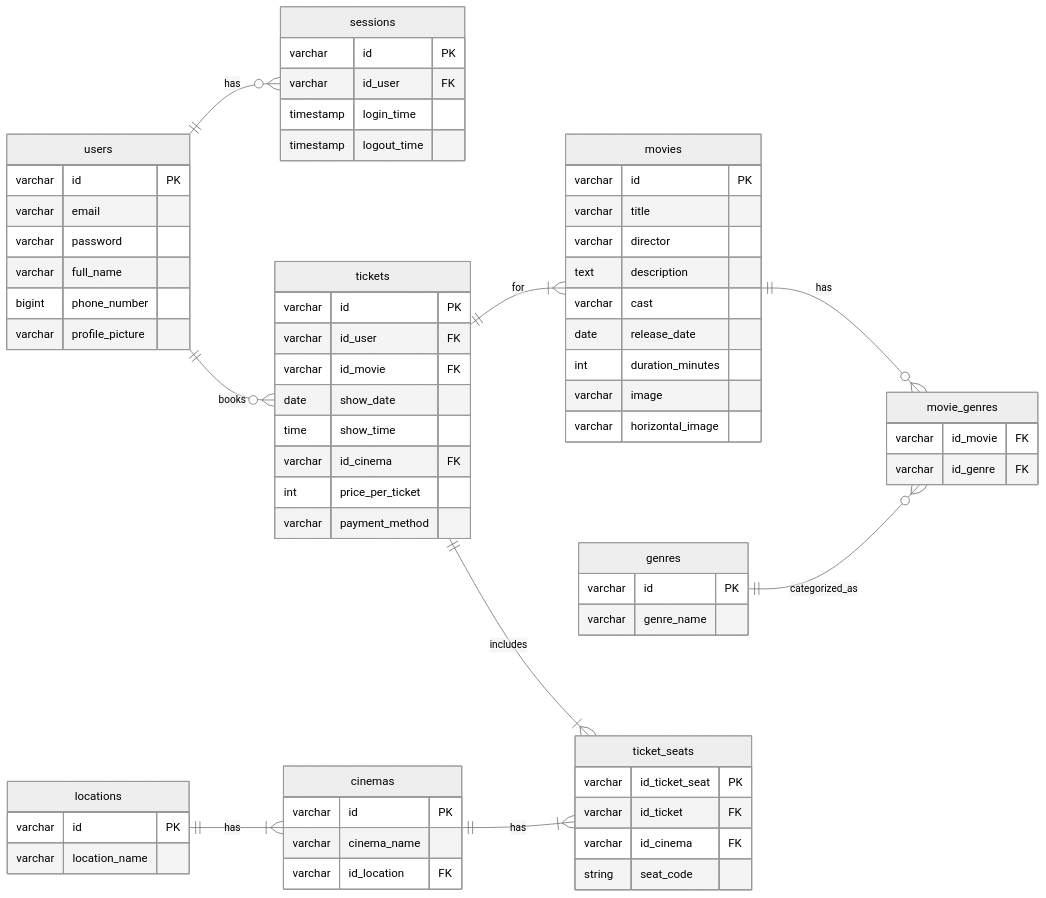
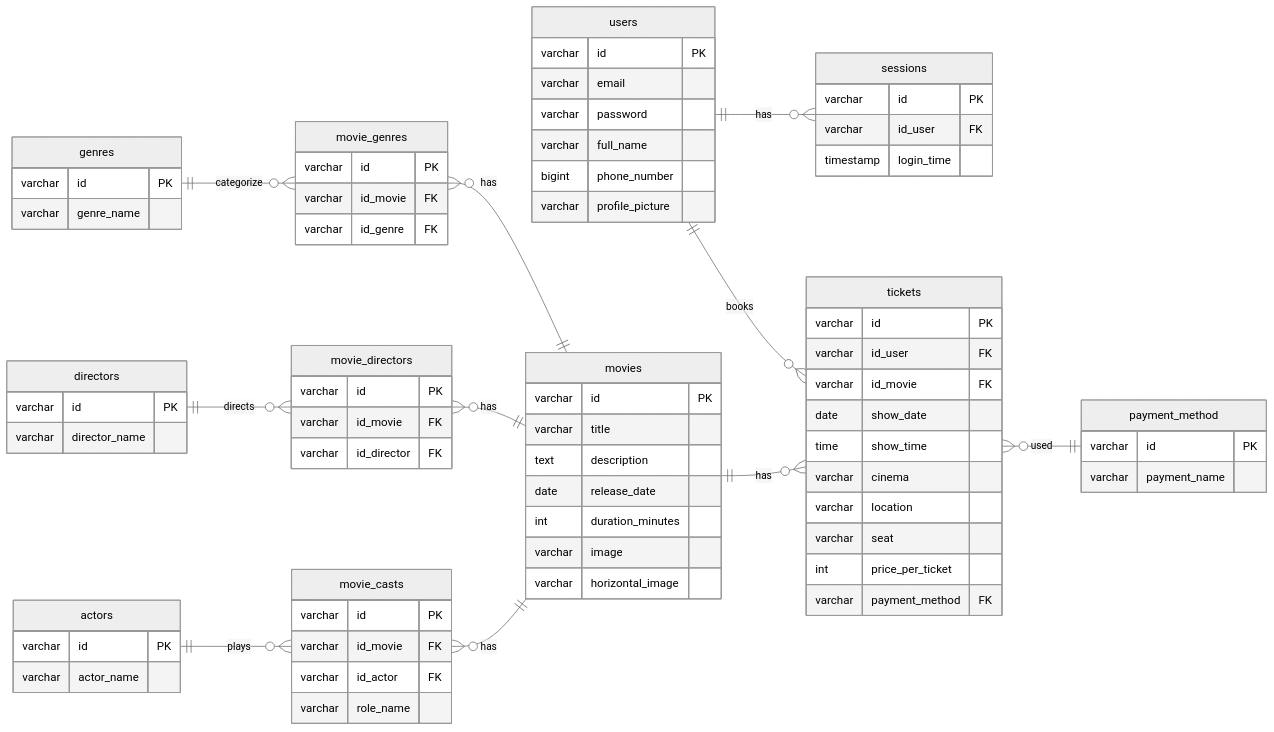
The diagram in README.md (ranandasatria/fgo24-db-weeklytask), drawn with Mermaid (neutral theme) before and after one commit.

Commit message:
chore: update database cardinality

```diff
--- a/README.md
+++ b/README.md
@@ -7,14 +7,15 @@
 
 users ||--o{ sessions : has
 users ||--o{ tickets : books
-movies ||--o{ movie_genres : has
-genres ||--o{ movie_genres : categorized_as
-tickets ||--|{ movies : for
+movies ||--o{ tickets : has
+genres ||--o{ movie_genres : categorize
+movie_genres }o--|| movies : has
+directors ||--o{ movie_directors : directs
+movie_directors }o--|| movies : has
+actors ||--o{ movie_casts : plays
+movie_casts }o--|| movies : has
+tickets }o--|| payment_method : used
 
-tickets ||--|{ ticket_seats : includes
-
-cinemas ||--|{ ticket_seats : has
-locations ||--|{ cinemas : has
 
 users {
   varchar id PK
@@ -29,15 +30,12 @@
   varchar id PK
   varchar id_user FK
   timestamp login_time
-  timestamp logout_time
 }
 
 movies {
   varchar id PK
   varchar title
-  varchar director
   text description
-  varchar cast
   date release_date
   int duration_minutes
   varchar image
@@ -50,8 +48,32 @@
 }
 
 movie_genres {
+  varchar id PK
   varchar id_movie FK
   varchar id_genre FK
+}
+
+directors {
+  varchar id PK
+  varchar director_name
+}
+
+movie_directors {
+  varchar id PK
+  varchar id_movie FK
+  varchar id_director FK
+}
+
+actors {
+  varchar id PK
+  varchar actor_name
+}
+
+movie_casts {
+  varchar id PK
+  varchar id_movie FK
+  varchar id_actor FK
+  varchar role_name
 }
 
 tickets {
@@ -60,27 +82,17 @@
   varchar id_movie FK
   date show_date
   time show_time
-  varchar id_cinema FK
+  varchar cinema
+  varchar location
+  varchar seat
   int price_per_ticket
-  varchar payment_method
+  varchar payment_method FK
 }
 
-ticket_seats {
-  varchar id_ticket_seat PK
-  varchar id_ticket FK
-  varchar id_cinema FK
-  string seat_code
-}
 
-locations {
+payment_method {
   varchar id PK
-  varchar location_name
-}
-
-cinemas {
-  varchar id PK
-  varchar cinema_name
-  varchar id_location FK
+  varchar payment_name
 }
 
 
```
